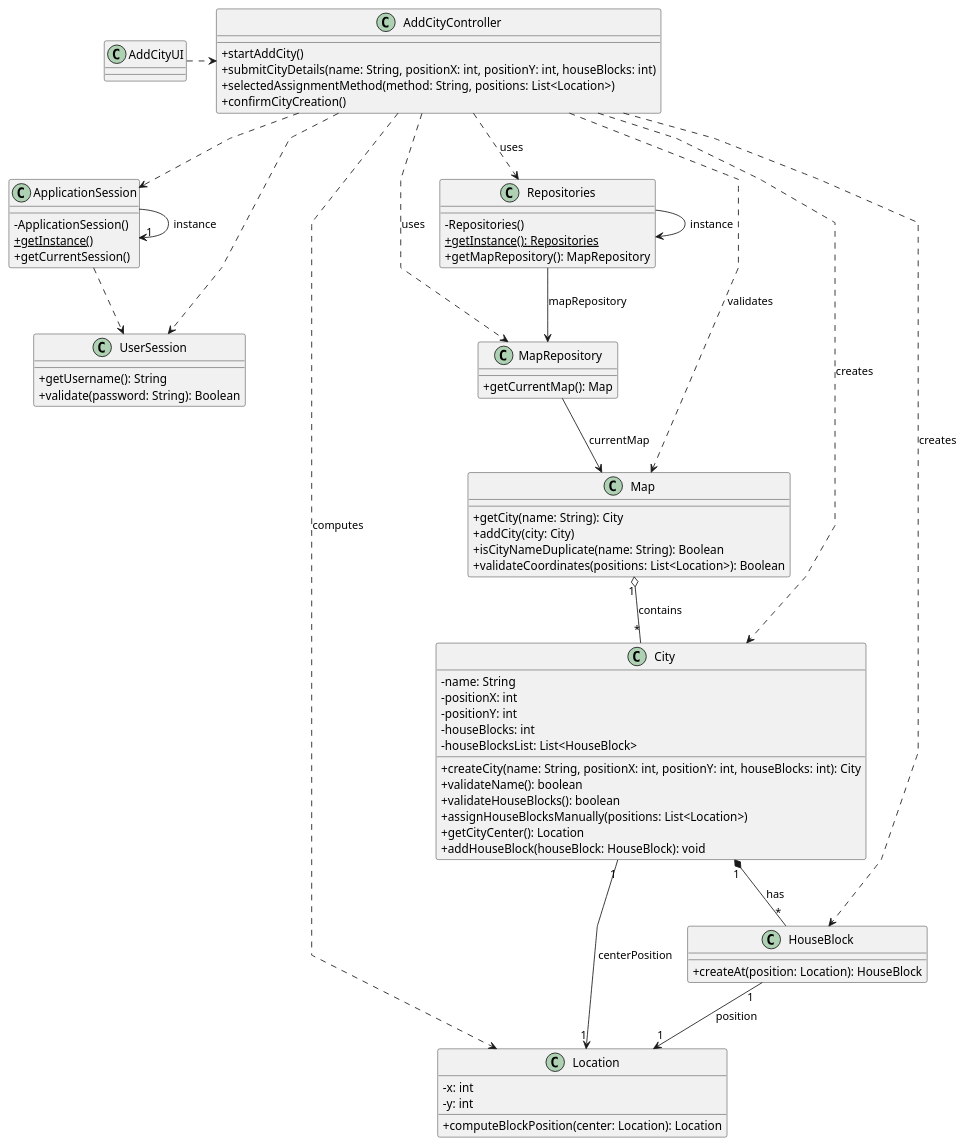
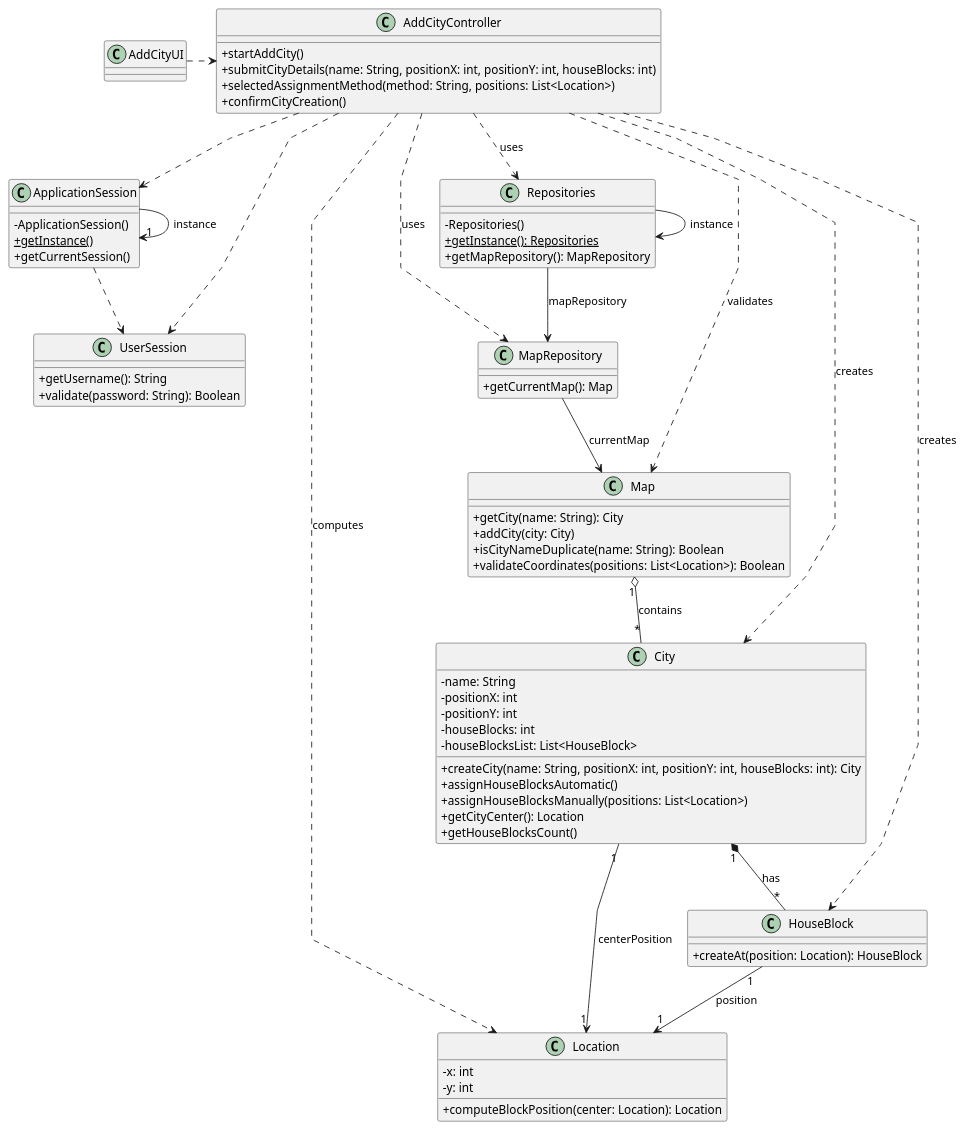
One commit to 1240826/empire-on-tracks changed the diagram in docs/system-documentation/US003/03.design/puml/US003-CD.puml. Above: the diagram before and after it, drawn with PlantUML. The commit also changed 3 other files, not shown here.

```diff
--- a/docs/system-documentation/US003/03.design/puml/US003-CD.puml
+++ b/docs/system-documentation/US003/03.design/puml/US003-CD.puml
@@ -1,98 +1,98 @@
 @startuml
 skinparam packageStyle rectangle
 skinparam shadowing false
 skinparam linetype polyline
 skinparam classAttributeIconSize 0
 
 class ApplicationSession
 {
     - ApplicationSession()
     + {static} getInstance()
     + getCurrentSession()
 }
 
 class UserSession {
     + getUsername(): String
     + validate(password: String): Boolean
 }
 
 ApplicationSession ..> UserSession
 ApplicationSession -> "1" ApplicationSession : instance
 
 
 class "City" {
     - name: String
     - positionX: int
     - positionY: int
     - houseBlocks: int
     - houseBlocksList: List<HouseBlock>
     + createCity(name: String, positionX: int, positionY: int, houseBlocks: int): City
-    + validateName(): boolean
-    + validateHouseBlocks(): boolean
+    + assignHouseBlocksAutomatic()
     + assignHouseBlocksManually(positions: List<Location>)
     + getCityCenter(): Location
-    + addHouseBlock(houseBlock: HouseBlock): void
+    + getHouseBlocksCount()
+
 }
 
 class "Location" {
     - x: int
     - y: int
     + computeBlockPosition(center: Location): Location
 }
 
 class "HouseBlock" {
     + createAt(position: Location): HouseBlock
 }
 
 class "Map" {
     + getCity(name: String): City
     + addCity(city: City)
     + isCityNameDuplicate(name: String): Boolean
     + validateCoordinates(positions: List<Location>): Boolean
 }
 
 class "Repositories" {
     - Repositories()
     + {static} getInstance(): Repositories
     + getMapRepository(): MapRepository
 }
 
 class "MapRepository" {
     + getCurrentMap(): Map
 }
 
 class "AddCityController" {
     + startAddCity()
     + submitCityDetails(name: String, positionX: int, positionY: int, houseBlocks: int)
     + selectedAssignmentMethod(method: String, positions: List<Location>)
     + confirmCityCreation()
 }
 
 class "AddCityUI" {
 
 }
 
 AddCityUI .> AddCityController
 AddCityController ..> Repositories : uses
 AddCityController ..> MapRepository : uses
 AddCityController ..> City : creates
 AddCityController ..> Location : computes
 AddCityController ..> HouseBlock : creates
 AddCityController ..> Map : validates
 AddCityController ..> ApplicationSession
 AddCityController ..> UserSession
 
 Repositories --> MapRepository : mapRepository
 
 Repositories --> Repositories : instance
 
 
 Map "1" o-- "*" City : contains
 City "1" *-- "*" HouseBlock : has
 City "1" --> "1" Location : centerPosition
 
 HouseBlock "1" --> "1" Location : position
 
 MapRepository --> Map : currentMap
 
 @enduml
```
